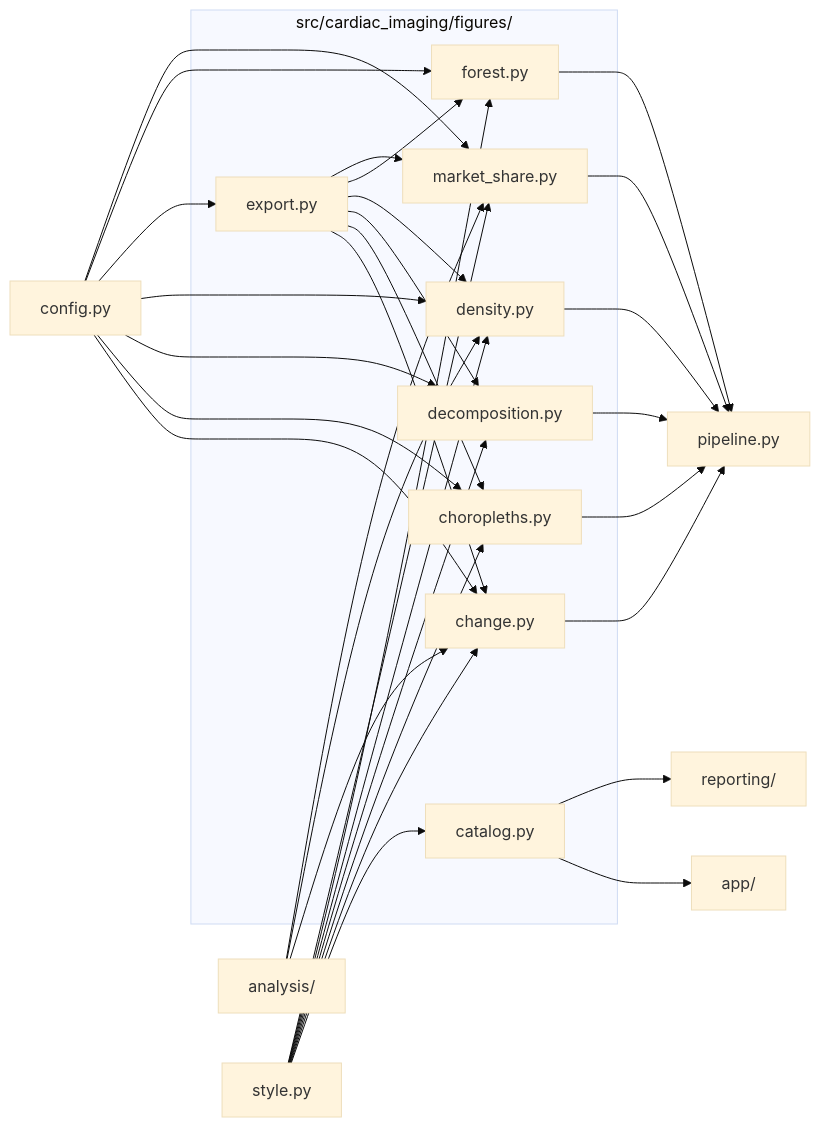
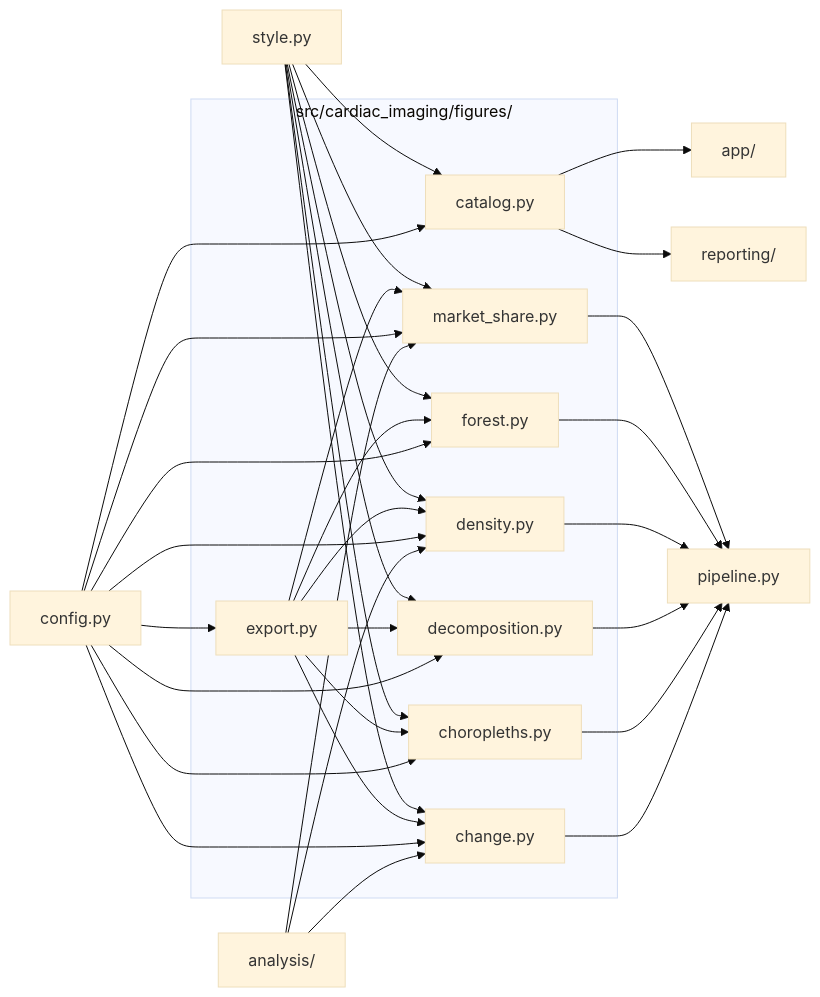
The diagram in src/cardiac_imaging/figures/README.md (drsanjna/cardiac-imaging-medicare), drawn with Mermaid (base theme) before and after one commit. The commit also changed other lines of this file and 34 other files, not shown here.

````diff
--- a/src/cardiac_imaging/figures/README.md
+++ b/src/cardiac_imaging/figures/README.md
@@ -11,50 +11,51 @@
 ```mermaid
 flowchart LR
   subgraph here["src/cardiac_imaging/figures/"]
     n_catalog_py["catalog.py"]
     n_change_py["change.py"]
     n_choropleths_py["choropleths.py"]
     n_decomposition_py["decomposition.py"]
     n_density_py["density.py"]
     n_export_py["export.py"]
     n_forest_py["forest.py"]
     n_market_share_py["market_share.py"]
   end
   n_analysis_["analysis/"]
   n_app_["app/"]
   n_config_py["config.py"]
   n_pipeline_py["pipeline.py"]
   n_reporting_["reporting/"]
   n_style_py["style.py"]
   n_analysis_ --> n_change_py
   n_analysis_ --> n_density_py
   n_analysis_ --> n_market_share_py
   n_catalog_py --> n_app_
   n_catalog_py --> n_reporting_
   n_change_py --> n_pipeline_py
   n_choropleths_py --> n_pipeline_py
+  n_config_py --> n_catalog_py
   n_config_py --> n_change_py
   n_config_py --> n_choropleths_py
   n_config_py --> n_decomposition_py
   n_config_py --> n_density_py
   n_config_py --> n_export_py
   n_config_py --> n_forest_py
   n_config_py --> n_market_share_py
   n_decomposition_py --> n_pipeline_py
   n_density_py --> n_pipeline_py
   n_export_py --> n_change_py
   n_export_py --> n_choropleths_py
   n_export_py --> n_decomposition_py
   n_export_py --> n_density_py
   n_export_py --> n_forest_py
   n_export_py --> n_market_share_py
   n_forest_py --> n_pipeline_py
   n_market_share_py --> n_pipeline_py
   n_style_py --> n_catalog_py
   n_style_py --> n_change_py
   n_style_py --> n_choropleths_py
   n_style_py --> n_decomposition_py
   n_style_py --> n_density_py
   n_style_py --> n_forest_py
   n_style_py --> n_market_share_py
 ```
````
